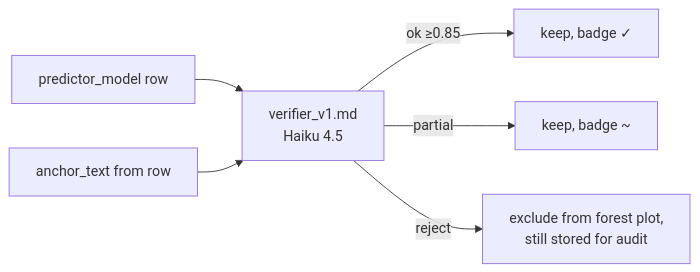
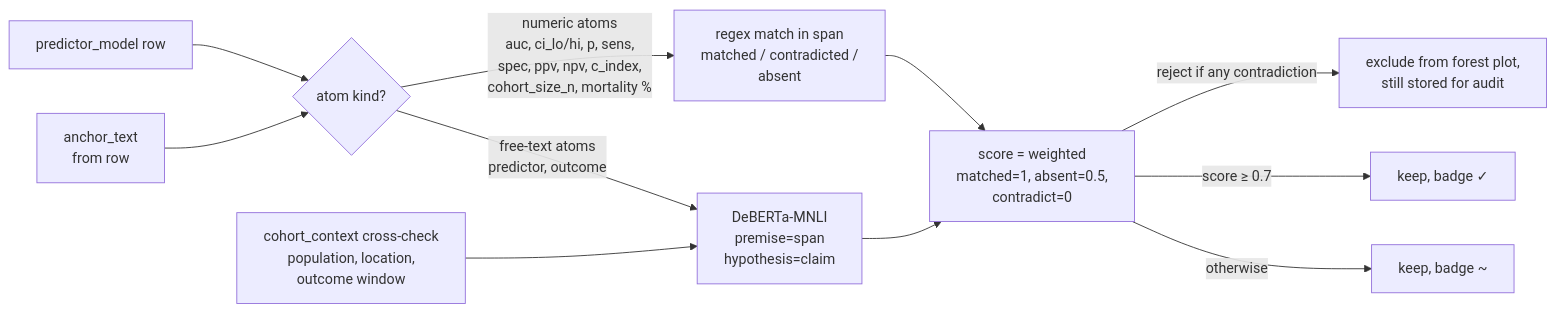
One commit to OrFrederick/SepsisAtlas changed the fifth of 10 diagrams in docs/pipeline.md. Above: the diagram before and after it, drawn with Mermaid. The commit also changed other lines of this file and 3 other files, not shown here.

````diff
--- a/docs/pipeline.md
+++ b/docs/pipeline.md
@@ -123,8 +151,13 @@
 ```mermaid
 flowchart LR
-    R[predictor_model row] --> V[verifier_v1.md<br/>Haiku 4.5]
-    A[anchor_text from row] --> V
-    V -->|ok ≥0.85| K[keep, badge ✓]
-    V -->|partial| K2[keep, badge ~]
-    V -->|reject| X[exclude from forest plot,<br/>still stored for audit]
+    R[predictor_model row] --> SPLIT{atom kind?}
+    A[anchor_text<br/>from row] --> SPLIT
+    SPLIT -->|numeric atoms<br/>auc, ci_lo/hi, p, sens,<br/>spec, ppv, npv, c_index,<br/>cohort_size_n, mortality %| RX[regex match in span<br/>matched / contradicted /<br/>absent]
+    SPLIT -->|free-text atoms<br/>predictor, outcome| NLI[DeBERTa-MNLI<br/>premise=span<br/>hypothesis=claim]
+    RX --> AGG[score = weighted<br/>matched=1, absent=0.5,<br/>contradict=0]
+    NLI --> AGG
+    CC[cohort_context cross-check<br/>population, location,<br/>outcome window] --> NLI
+    AGG -->|reject if any contradiction| X[exclude from forest plot,<br/>still stored for audit]
+    AGG -->|score ≥ 0.7| K[keep, badge ✓]
+    AGG -->|otherwise| K2[keep, badge ~]
 ```
````
